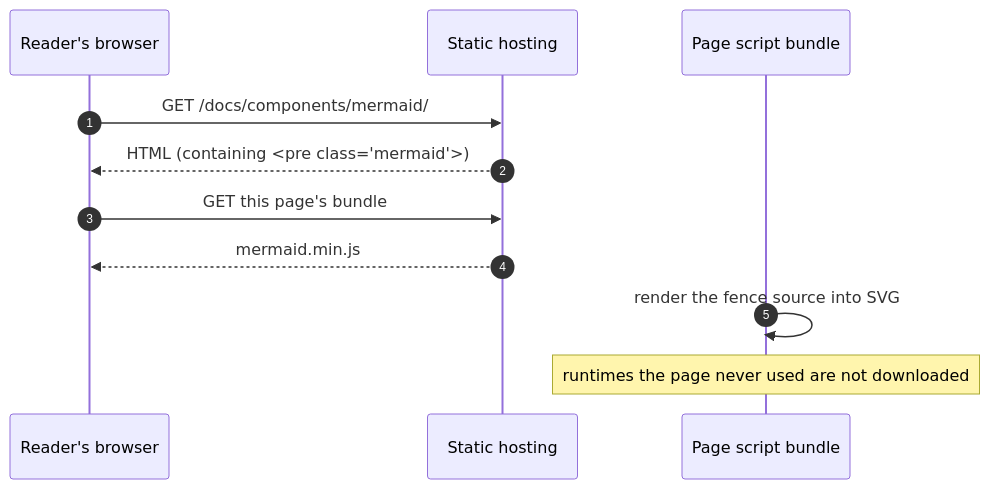
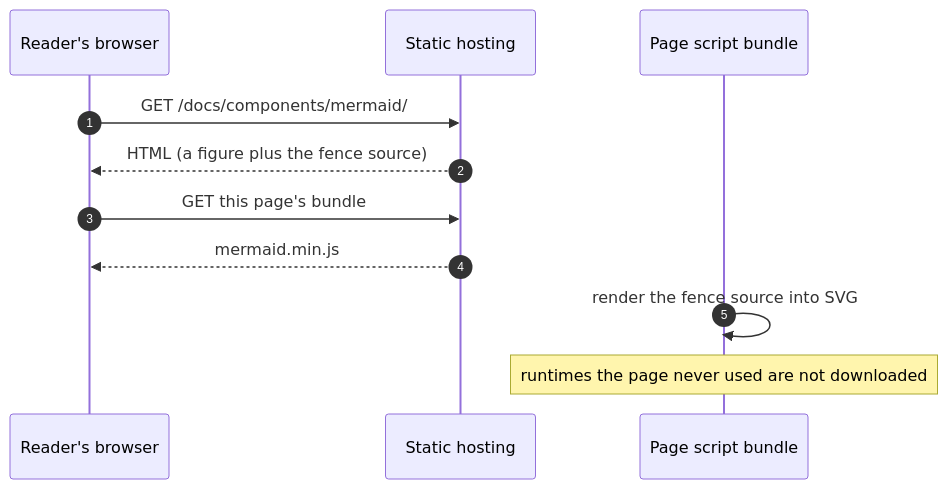
One commit to pgsty/oink.pgsty.com changed the second of 9 diagrams in content/docs/components/mermaid.md. Above: the diagram before and after it, drawn with Mermaid. The commit also changed other lines of this file and 21 other files, not shown here.

````diff
--- a/content/docs/components/mermaid.md
+++ b/content/docs/components/mermaid.md
@@ -63,13 +63,13 @@
 ```mermaid
 sequenceDiagram
   autonumber
   participant Reader as Reader's browser
   participant CDN as Static hosting
   participant JS as Page script bundle
   Reader->>CDN: GET /docs/components/mermaid/
-  CDN-->>Reader: HTML (containing <pre class="mermaid">)
+  CDN-->>Reader: HTML (a figure plus the fence source)
   Reader->>CDN: GET this page's bundle
   CDN-->>Reader: mermaid.min.js
   JS->>JS: render the fence source into SVG
   Note over JS: runtimes the page never used are not downloaded
 ```
````
